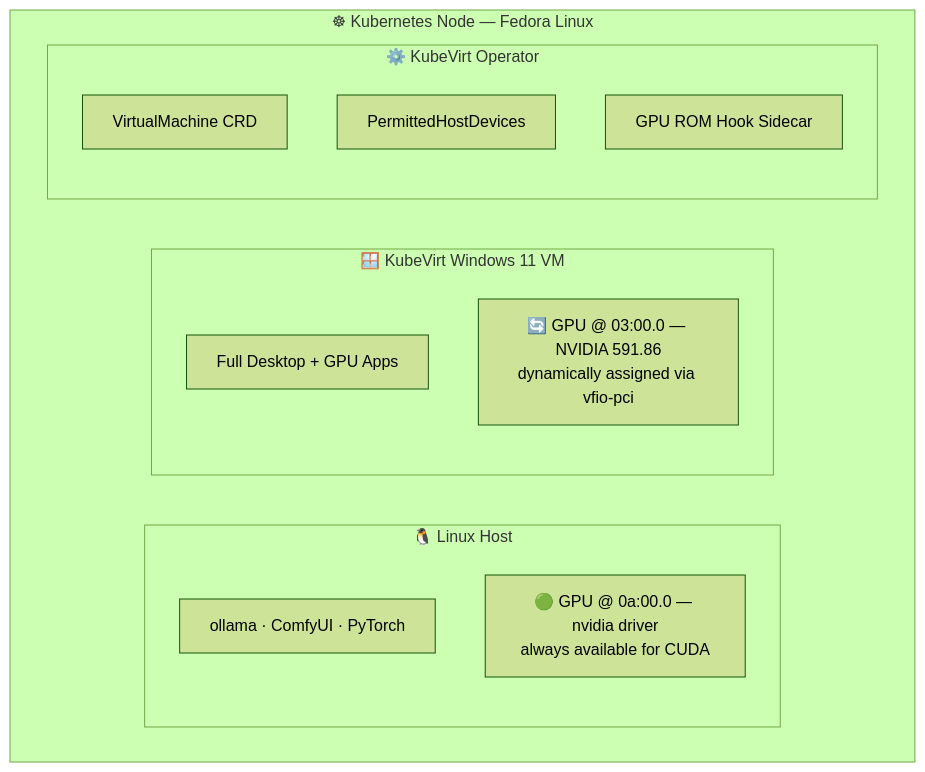
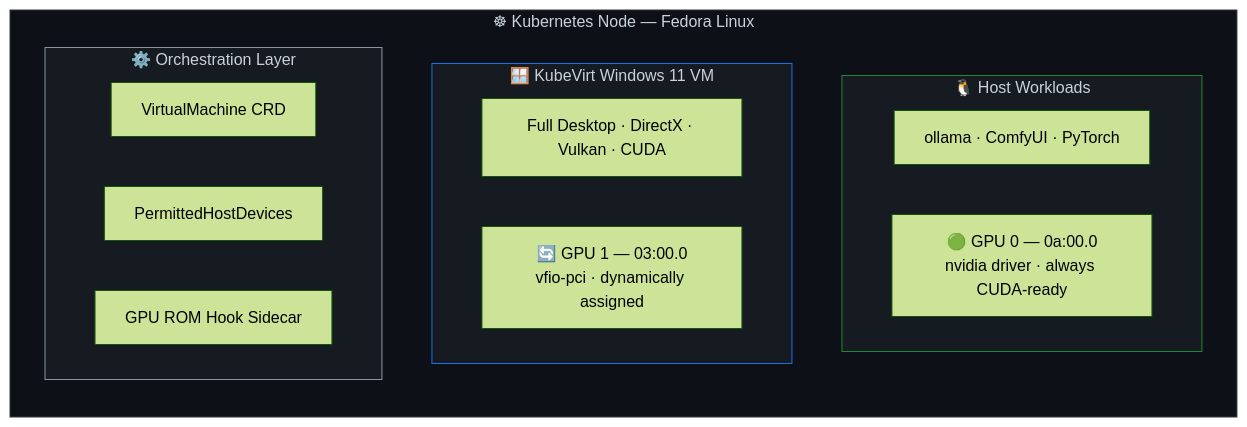
One commit to mazsola2k/platform-engineering changed the first of 6 diagrams in windows-client/kubevirt-gpu-wiki.md. Above: the diagram before and after it, drawn with Mermaid (forest theme). The commit also changed other lines of this file, not shown here.

````diff
--- a/windows-client/kubevirt-gpu-wiki.md
+++ b/windows-client/kubevirt-gpu-wiki.md
@@ -50,18 +64,24 @@
 ```mermaid
 graph TB
     subgraph node["☸ Kubernetes Node — Fedora Linux"]
-        subgraph host["🐧 Linux Host"]
+        direction TB
+        subgraph host["🐧 Host Workloads"]
             H1["ollama · ComfyUI · PyTorch"]
-            H2["🟢 GPU @ 0a:00.0 — nvidia driver\nalways available for CUDA"]
+            H2["🟢 GPU 0 — 0a:00.0\nnvidia driver · always CUDA-ready"]
         end
         subgraph vm["🪟 KubeVirt Windows 11 VM"]
-            V1["Full Desktop + GPU Apps"]
-            V2["🔄 GPU @ 03:00.0 — NVIDIA 591.86\ndynamically assigned via vfio-pci"]
+            V1["Full Desktop · DirectX · Vulkan · CUDA"]
+            V2["🔄 GPU 1 — 03:00.0\nvfio-pci · dynamically assigned"]
         end
-        subgraph operator["⚙️ KubeVirt Operator"]
+        subgraph operator["⚙️ Orchestration Layer"]
             K1["VirtualMachine CRD"]
             K2["PermittedHostDevices"]
             K3["GPU ROM Hook Sidecar"]
         end
     end
+
+    style node fill:#0d1117,stroke:#30363d,color:#c9d1d9
+    style host fill:#161b22,stroke:#238636,color:#c9d1d9
+    style vm fill:#161b22,stroke:#1f6feb,color:#c9d1d9
+    style operator fill:#161b22,stroke:#8b949e,color:#c9d1d9
 ```
````
